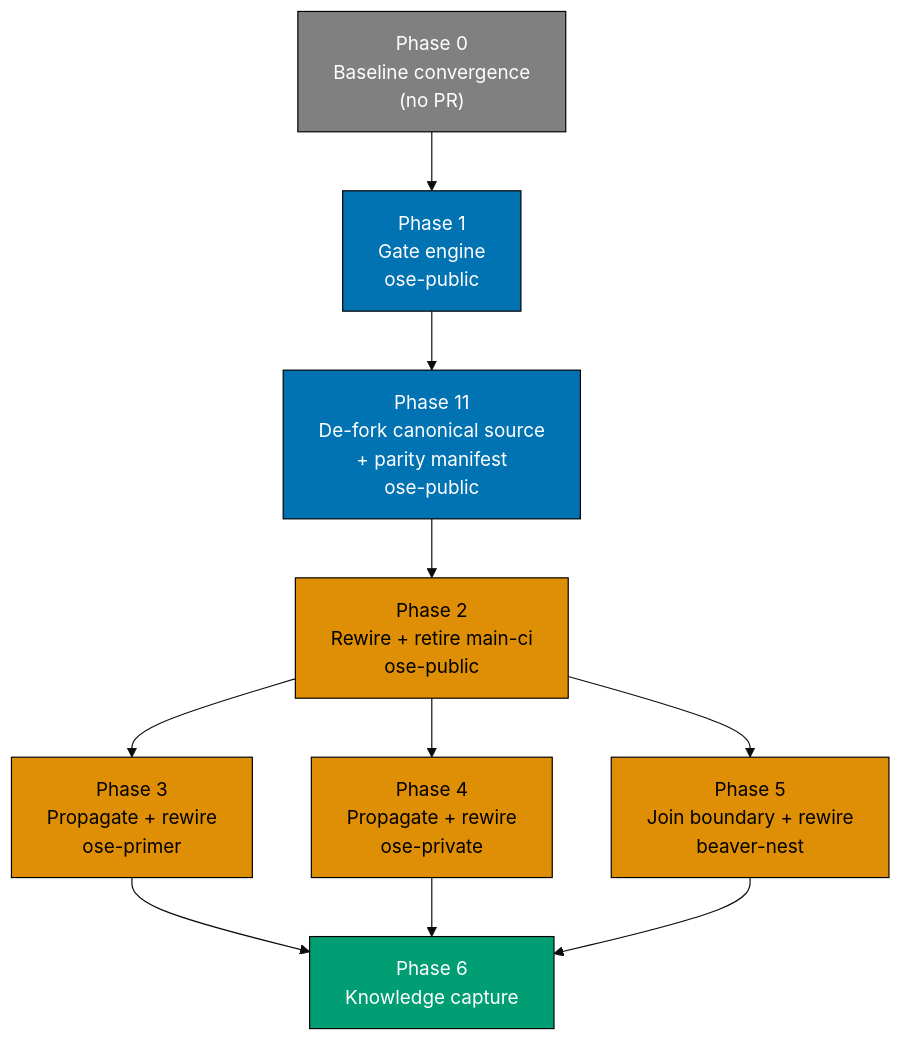
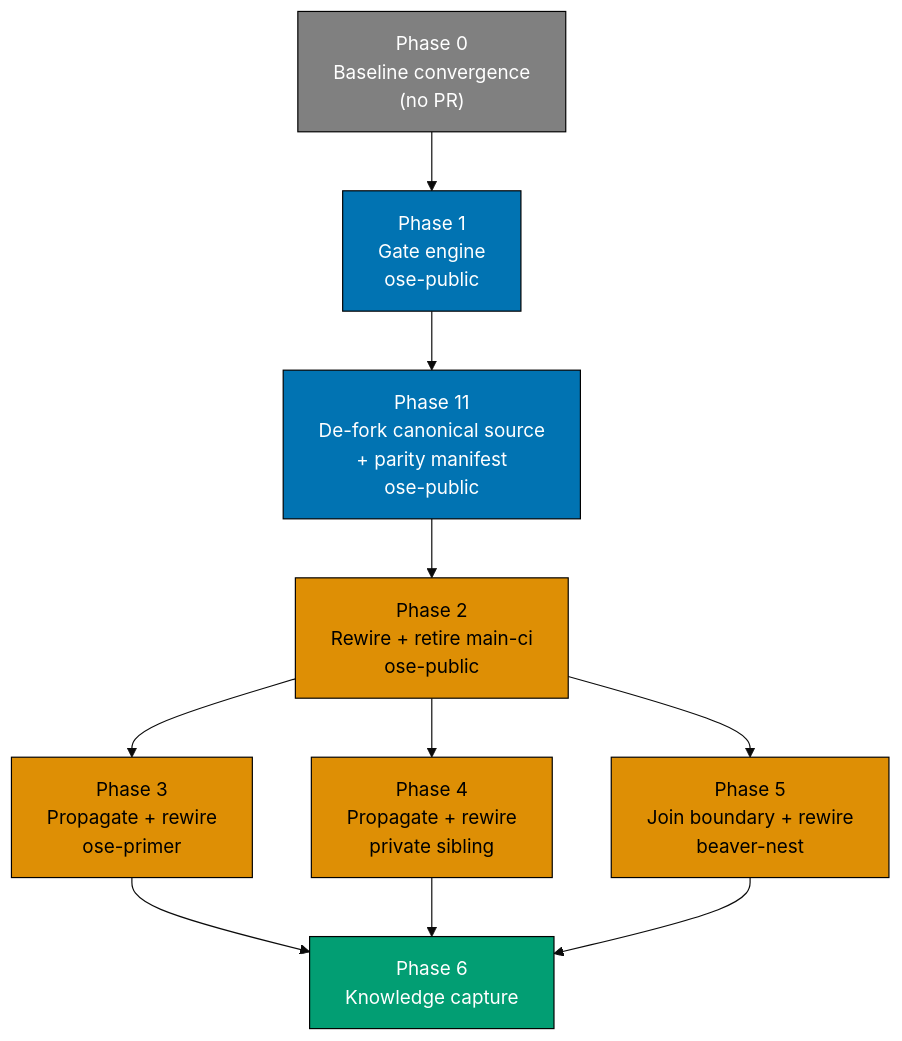
The diagram in plans/done/2026-08-07__sdlc-gate-registry-enforcement/tech-docs.md (wahidyankf/ose-public), drawn with Mermaid (base theme) before and after one commit. The commit also changed other lines of this file and 325 other files, not shown here.

First line of the commit message:
docs(repo): name the private sibling by role, not by repository

````diff
--- a/plans/done/2026-08-07__sdlc-gate-registry-enforcement/tech-docs.md
+++ b/plans/done/2026-08-07__sdlc-gate-registry-enforcement/tech-docs.md
@@ -1160,31 +1160,31 @@
 ```mermaid
 %% Color palette: Blue #0173B2, Orange #DE8F05, Teal #029E73, Gray #808080
 graph TD
     P0["Phase 0<br/>Baseline convergence<br/>(no PR)"]
     P1["Phase 1<br/>Gate engine<br/>ose-public"]
     P1B["Phase 11<br/>De-fork canonical source<br/>+ parity manifest<br/>ose-public"]
     P2["Phase 2<br/>Rewire + retire main-ci<br/>ose-public"]
     P3["Phase 3<br/>Propagate + rewire<br/>ose-primer"]
-    P4["Phase 4<br/>Propagate + rewire<br/>ose-private"]
+    P4["Phase 4<br/>Propagate + rewire<br/>private sibling"]
     P5["Phase 5<br/>Join boundary + rewire<br/>beaver-nest"]
     P6["Phase 6<br/>Knowledge capture"]
 
     P0 --> P1
     P1 --> P1B
     P1B --> P2
     P2 --> P3
     P2 --> P4
     P2 --> P5
     P3 --> P6
     P4 --> P6
     P5 --> P6
 
     style P0 fill:#808080,stroke:#000000,color:#FFFFFF
     style P1 fill:#0173B2,stroke:#000000,color:#FFFFFF
     style P1B fill:#0173B2,stroke:#000000,color:#FFFFFF
     style P2 fill:#DE8F05,stroke:#000000,color:#000000
     style P3 fill:#DE8F05,stroke:#000000,color:#000000
     style P4 fill:#DE8F05,stroke:#000000,color:#000000
     style P5 fill:#DE8F05,stroke:#000000,color:#000000
     style P6 fill:#029E73,stroke:#000000,color:#FFFFFF
 ```
````
